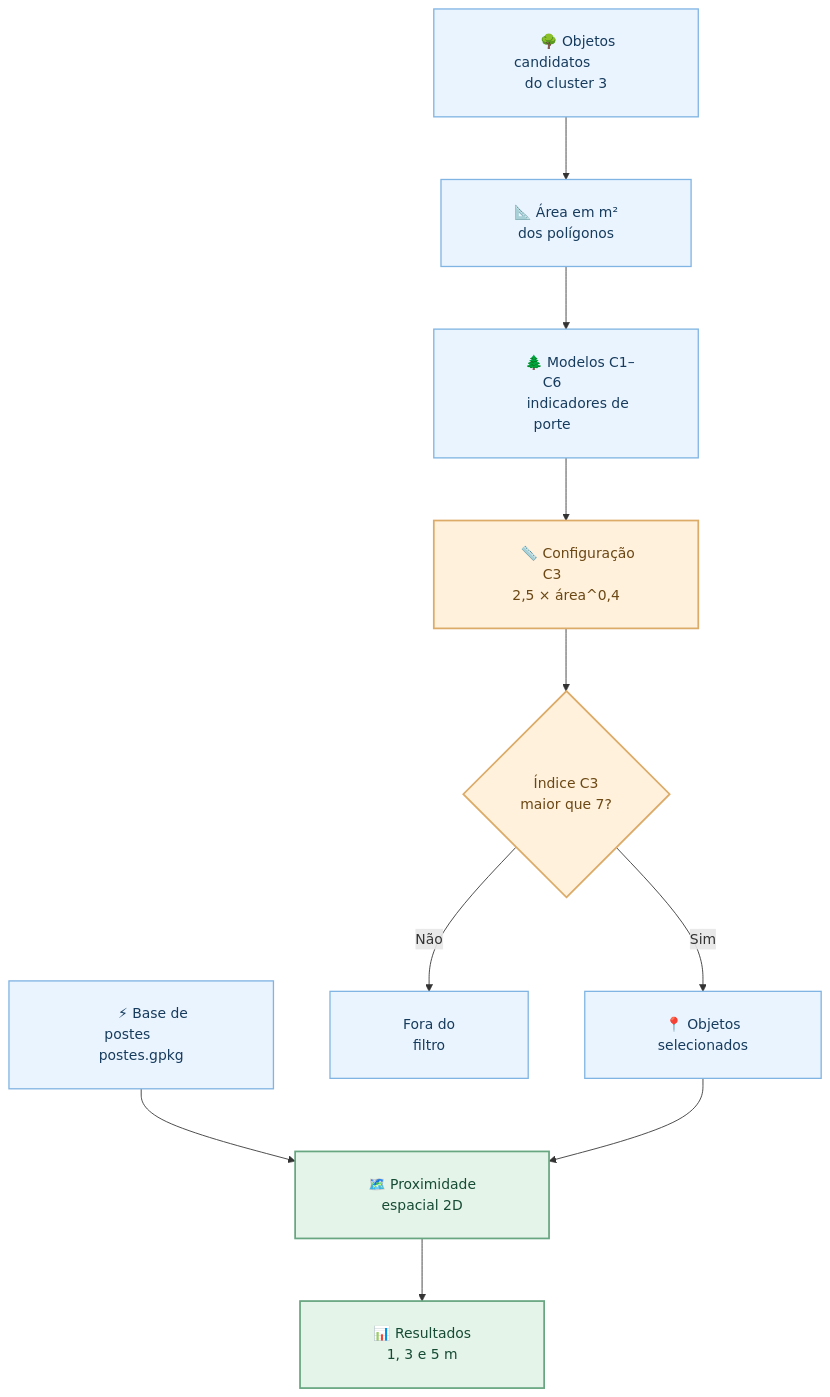
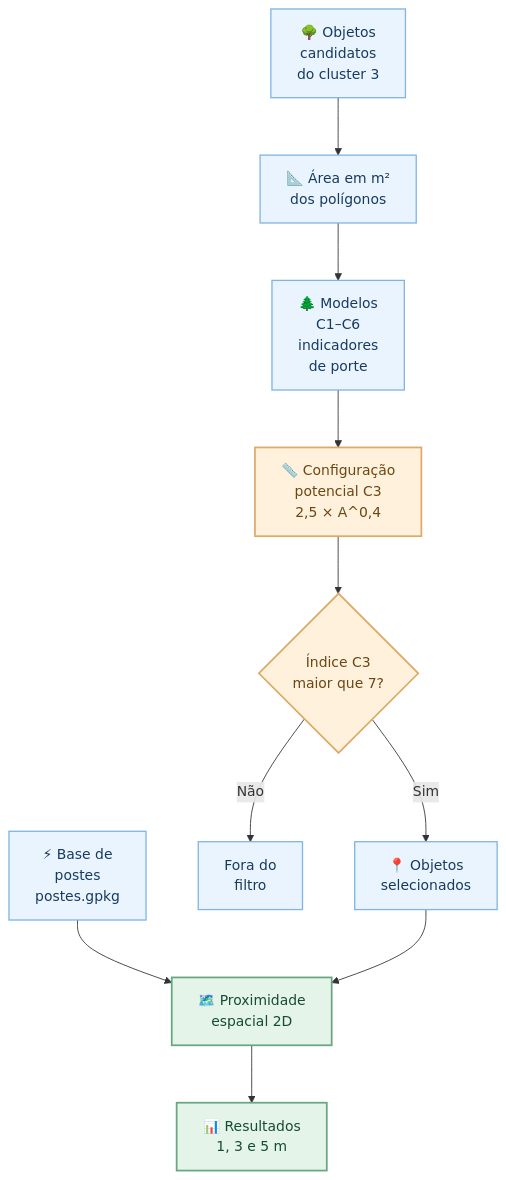
The second of 2 diagrams in README.md (BrenoBragaGalvao/mestrado-arvores-urbanas), drawn with Mermaid before and after one commit. The commit also changed other lines of this file, not shown here.

Commit message:
docs(readme): corrigir corte no Mermaid sem reduzir conteúdo; remover espaços forçados e quebrar linhas

````diff
--- a/README.md
+++ b/README.md
@@ -124,20 +124,20 @@
 ```mermaid
-%%{init: {"flowchart": {"nodeSpacing": 65, "rankSpacing": 72, "padding": 26}, "themeVariables": {"fontFamily": "Arial, sans-serif", "fontSize": "16px"}}}%%
+%%{init: {"flowchart": {"nodeSpacing": 60, "rankSpacing": 66}, "themeVariables": {"fontFamily": "Arial, sans-serif", "fontSize": "16px"}}}%%
 flowchart TD
-    A["&emsp;&emsp;🌳 Objetos candidatos&emsp;&emsp;<br/>&emsp;&emsp;do cluster 3&emsp;&emsp;"] --> B["&emsp;&emsp;📐 Área em m²&emsp;&emsp;<br/>&emsp;&emsp;dos polígonos&emsp;&emsp;"]
-    B --> C["&emsp;&emsp;🌲 Modelos C1–C6&emsp;&emsp;<br/>&emsp;&emsp;indicadores de porte&emsp;&emsp;"]
-    C --> D["&emsp;&emsp;📏 Configuração C3&emsp;&emsp;<br/>&emsp;&emsp;2,5 × área^0,4&emsp;&emsp;"]
-    D --> E{"&emsp;Índice C3&emsp;<br/>&emsp;maior que 7?&emsp;"}
-    E -->|Sim| F["&emsp;&emsp;📍 Objetos&emsp;&emsp;<br/>&emsp;&emsp;selecionados&emsp;&emsp;"]
-    E -->|Não| G["&emsp;&emsp;Fora do&emsp;&emsp;<br/>&emsp;&emsp;filtro&emsp;&emsp;"]
-    H["&emsp;&emsp;⚡ Base de postes&emsp;&emsp;<br/>&emsp;&emsp;postes.gpkg&emsp;&emsp;"] --> I["&emsp;&emsp;🗺️ Proximidade&emsp;&emsp;<br/>&emsp;&emsp;espacial 2D&emsp;&emsp;"]
+    A["🌳 Objetos<br/>candidatos<br/>do cluster 3"] --> B["📐 Área em m²<br/>dos polígonos"]
+    B --> C["🌲 Modelos<br/>C1–C6<br/>indicadores<br/>de porte"]
+    C --> D["📏 Configuração<br/>potencial C3<br/>2,5 × A^0,4"]
+    D --> E{"Índice C3<br/>maior que 7?"}
+    E -->|Sim| F["📍 Objetos<br/>selecionados"]
+    E -->|Não| G["Fora do<br/>filtro"]
+    H["⚡ Base de<br/>postes<br/>postes.gpkg"] --> I["🗺️ Proximidade<br/>espacial 2D"]
     F --> I
-    I --> J["&emsp;&emsp;📊 Resultados&emsp;&emsp;<br/>&emsp;&emsp;1, 3 e 5 m&emsp;&emsp;"]
+    I --> J["📊 Resultados<br/>1, 3 e 5 m"]
 
     classDef dados fill:#eaf4ff,stroke:#80b4e2,color:#163b5d,stroke-width:1.5px;
     classDef metodo fill:#e4f4e8,stroke:#67a681,color:#164b35,stroke-width:2px;
     classDef alerta fill:#fff1db,stroke:#dcab68,color:#6b4714,stroke-width:2px;
     class A,B,C,F,G,H dados;
     class D,E alerta;
     class I,J metodo;
 ```
````
